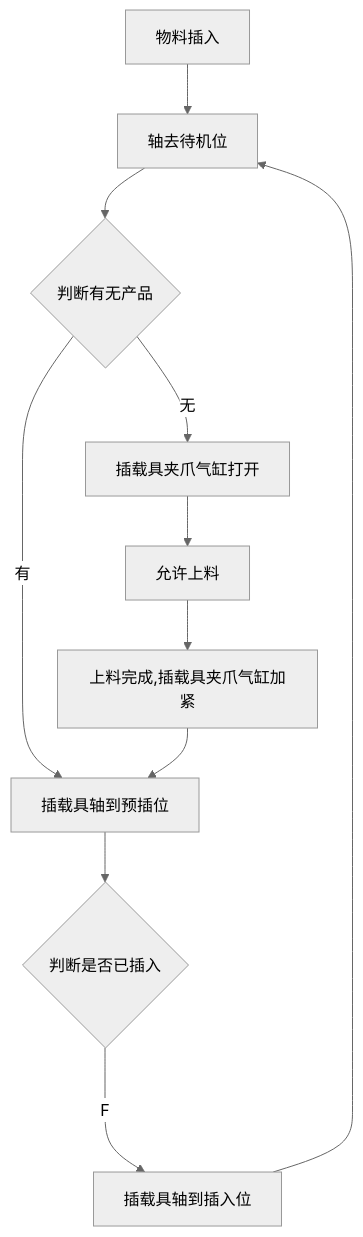
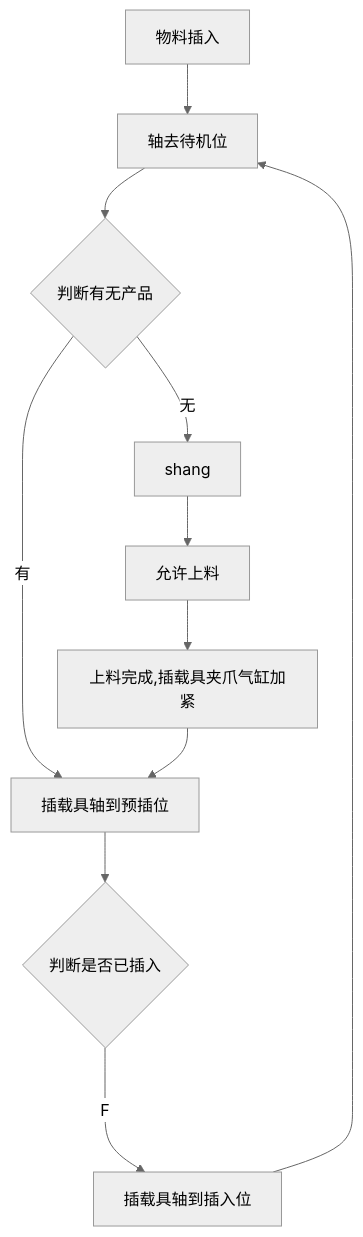
One commit to zmq000/iodraw-files changed the diagram in all/VR-OP90物料插入.md. Above: the diagram before and after it, drawn with Mermaid (neutral theme).

Commit message:
2026-06-18 16:04:06 update

````diff
--- a/all/VR-OP90物料插入.md
+++ b/all/VR-OP90物料插入.md
@@ -1,13 +1,13 @@
 ```mermaid
 graph TD
 0[物料插入]-->10
 10[轴去待机位]-->20
 20{判断有无产品}-->|无|30
 20--->|有|60
-30[插载具夹爪气缸打开]-->40
+30[shang]-->40
 40[允许上料]-->50
 50[上料完成,插载具夹爪气缸加紧]-->60
 60[插载具轴到预插位]-->70
 70{判断是否已插入}--->|F|80
 80[插载具轴到插入位]-->10
 ```
````
